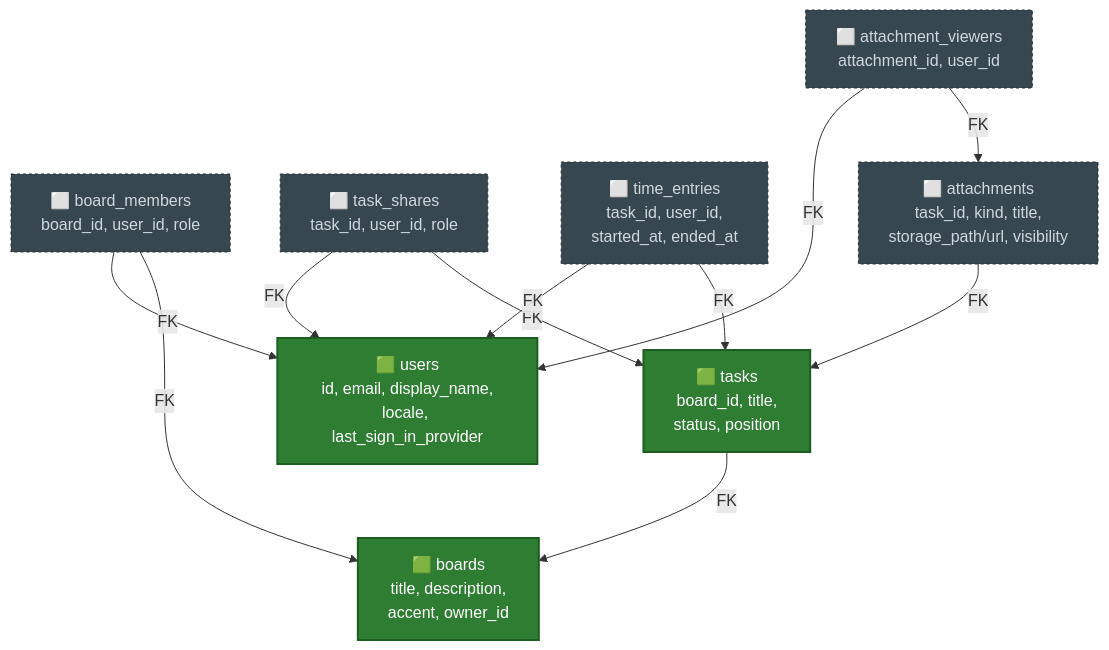
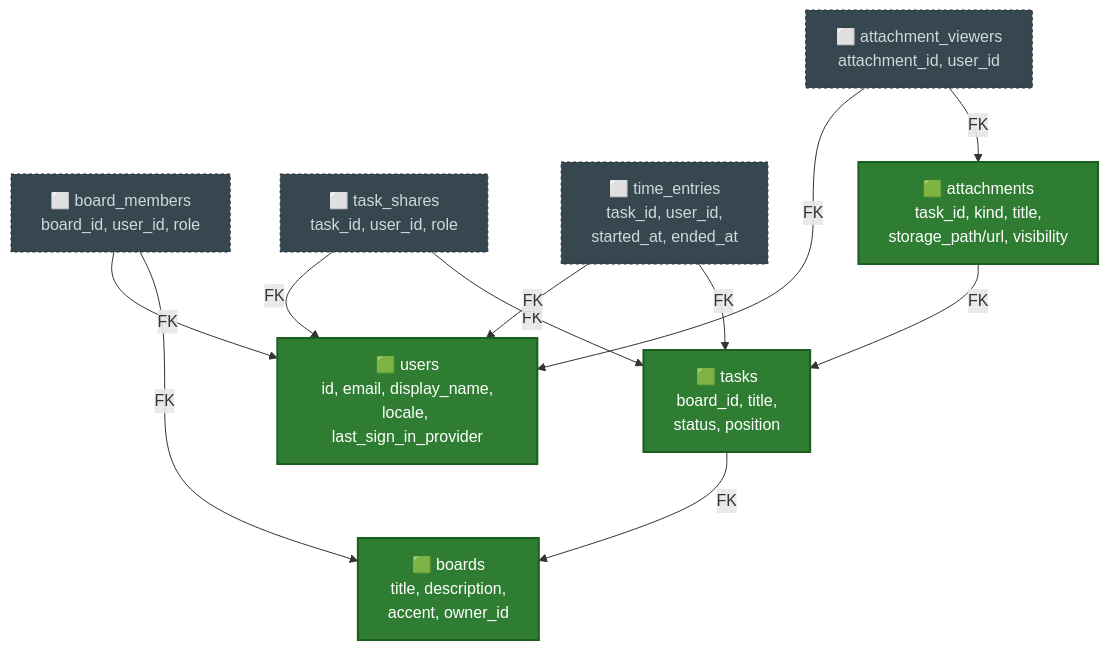
The fourth of 4 diagrams in PROJECT_MAP.md (ansukhorukova/learn-it), drawn with Mermaid before and after one commit. The commit also changed other lines of this file and 1 other file, not shown here.

Commit message:
docs: update PROJECT_MAP.md — Task attachments позначено done після Approve, FE_TaskPanel — progress (лише секція вкладень)

````diff
--- a/PROJECT_MAP.md
+++ b/PROJECT_MAP.md
@@ -149,32 +152,32 @@
 ```mermaid
 graph TD
   classDef done fill:#2e7d32,color:#ffffff,stroke:#1b5e20,stroke-width:2px;
   classDef progress fill:#f9a825,color:#1a1a1a,stroke:#f57f17,stroke-width:2px;
   classDef planned fill:#37474f,color:#cfd8dc,stroke:#263238,stroke-width:1px,stroke-dasharray: 3 3;
 
   DB_BoardMembers["⬜ board_members<br/>board_id, user_id, role"]
   DB_TaskShares["⬜ task_shares<br/>task_id, user_id, role"]
   DB_TimeEntries["⬜ time_entries<br/>task_id, user_id,<br/>started_at, ended_at"]
   DB_AttachmentViewers["⬜ attachment_viewers<br/>attachment_id, user_id"]
 
   DB_Users["🟩 users<br/>id, email, display_name,<br/>locale, last_sign_in_provider"]
-  DB_Attachments["⬜ attachments<br/>task_id, kind, title,<br/>storage_path/url, visibility"]
+  DB_Attachments["🟩 attachments<br/>task_id, kind, title,<br/>storage_path/url, visibility"]
 
   DB_Tasks["🟩 tasks<br/>board_id, title,<br/>status, position"]
 
   DB_Boards["🟩 boards<br/>title, description,<br/>accent, owner_id"]
 
   DB_BoardMembers -->|FK| DB_Boards
   DB_BoardMembers -->|FK| DB_Users
   DB_TaskShares -->|FK| DB_Tasks
   DB_TaskShares -->|FK| DB_Users
   DB_TimeEntries -->|FK| DB_Tasks
   DB_TimeEntries -->|FK| DB_Users
   DB_AttachmentViewers -->|FK| DB_Attachments
   DB_AttachmentViewers -->|FK| DB_Users
   DB_Attachments -->|FK| DB_Tasks
   DB_Tasks -->|FK| DB_Boards
 
-  class DB_Users,DB_Tasks,DB_Boards done;
-  class DB_BoardMembers,DB_TaskShares,DB_TimeEntries,DB_AttachmentViewers,DB_Attachments planned;
+  class DB_Users,DB_Tasks,DB_Boards,DB_Attachments done;
+  class DB_BoardMembers,DB_TaskShares,DB_TimeEntries,DB_AttachmentViewers planned;
 ```
````
